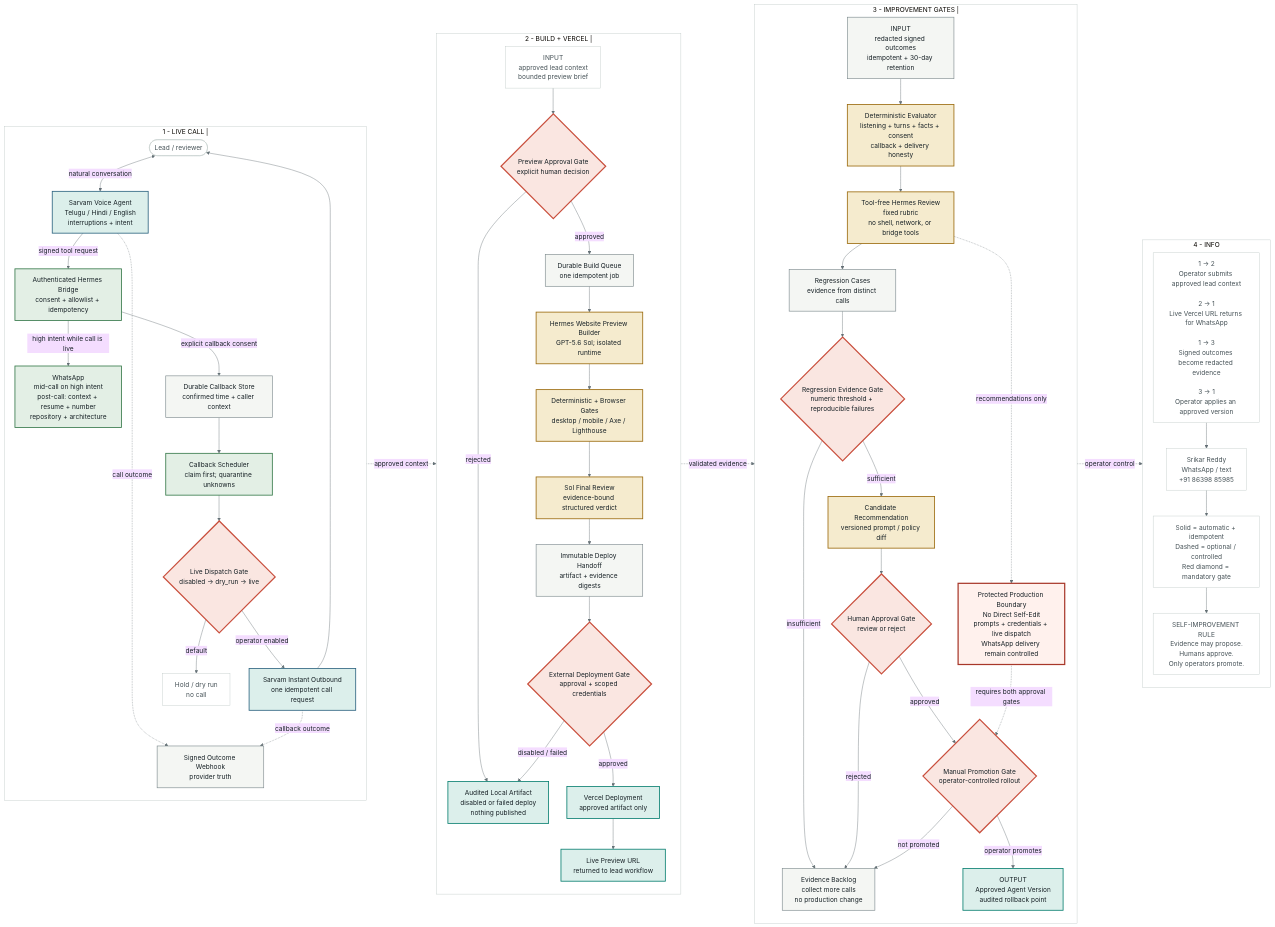
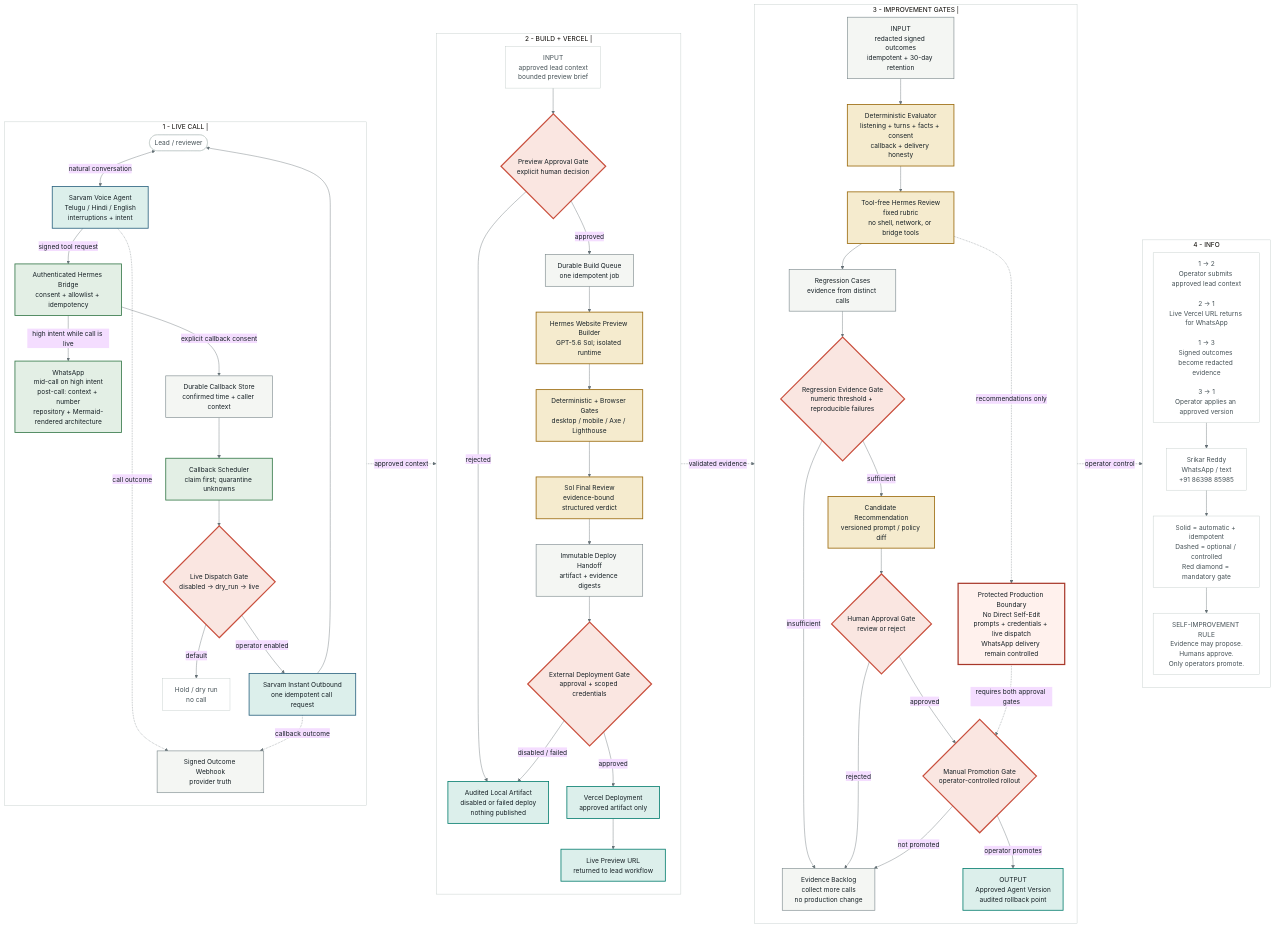
Before and after one commit to Srikarsmile/elevate-whatsapp-bridge: the diagram in assets/architecture.mmd, drawn with Mermaid. The commit also changed 10 other files, not shown here.

Commit message:
fix: remove resume from WhatsApp follow-up

```diff
--- a/assets/architecture.mmd
+++ b/assets/architecture.mmd
@@ -1,102 +1,102 @@
 %%{init: {"theme":"base","themeVariables":{"background":"#f6f7f5","fontFamily":"Inter, ui-sans-serif, system-ui, sans-serif","primaryTextColor":"#172126","lineColor":"#657176","clusterBkg":"#ffffff","clusterBorder":"#bfc9c7"},"flowchart":{"curve":"basis","htmlLabels":true,"nodeSpacing":32,"rankSpacing":38}}}%%
 flowchart LR
   subgraph runtime["1 - LIVE CALL  |"]
     direction TB
     lead(["Lead / reviewer"])
     voice["Sarvam Voice Agent<br/>Telugu / Hindi / English<br/>interruptions + intent"]
     bridge["Authenticated Hermes Bridge<br/>consent + allowlist + idempotency"]
-    whatsapp["WhatsApp<br/>mid-call on high intent<br/>post-call: context + resume + number<br/>repository + architecture"]
+    whatsapp["WhatsApp<br/>mid-call on high intent<br/>post-call: context + number<br/>repository + Mermaid-rendered architecture"]
     booking["Durable Callback Store<br/>confirmed time + caller context"]
     scheduler["Callback Scheduler<br/>claim first; quarantine unknowns"]
     dispatchGate{"Live Dispatch Gate<br/>disabled -> dry_run -> live"}
     outbound["Sarvam Instant Outbound<br/>one idempotent call request"]
     hold["Hold / dry run<br/>no call"]
     webhook["Signed Outcome Webhook<br/>provider truth"]
 
     lead <-->|"natural conversation"| voice
     voice -->|"signed tool request"| bridge
     bridge -->|"high intent while call is live"| whatsapp
     bridge -->|"explicit callback consent"| booking
     booking --> scheduler --> dispatchGate
     dispatchGate -->|"operator enabled"| outbound --> lead
     dispatchGate -->|"default"| hold
     voice -. "call outcome" .-> webhook
     outbound -. "callback outcome" .-> webhook
   end
 
   subgraph preview["2 - BUILD + VERCEL  |"]
     direction TB
     previewBrief["INPUT<br/>approved lead context<br/>bounded preview brief"]
     previewApproval{"Preview Approval Gate<br/>explicit human decision"}
     queue["Durable Build Queue<br/>one idempotent job"]
     builder["Hermes Website Preview Builder<br/>GPT-5.6 Sol; isolated runtime"]
     browserGates["Deterministic + Browser Gates<br/>desktop / mobile / Axe / Lighthouse"]
     finalReview["Sol Final Review<br/>evidence-bound structured verdict"]
     handoff["Immutable Deploy Handoff<br/>artifact + evidence digests"]
     deliveryGate{"External Deployment Gate<br/>approval + scoped credentials"}
     vercel["Vercel Deployment<br/>approved artifact only"]
     previewUrl["Live Preview URL<br/>returned to lead workflow"]
     localArtifact["Audited Local Artifact<br/>disabled or failed deploy<br/>nothing published"]
 
     previewBrief --> previewApproval
     previewApproval -->|"approved"| queue --> builder --> browserGates --> finalReview --> handoff --> deliveryGate
     previewApproval -->|"rejected"| localArtifact
     deliveryGate -->|"disabled / failed"| localArtifact
     deliveryGate -->|"approved"| vercel --> previewUrl
   end
 
   subgraph improvement["3 - IMPROVEMENT GATES  |"]
     direction TB
     eventStore["INPUT<br/>redacted signed outcomes<br/>idempotent + 30-day retention"]
     evaluator["Deterministic Evaluator<br/>listening + turns + facts + consent<br/>callback + delivery honesty"]
     hermes["Tool-free Hermes Review<br/>fixed rubric<br/>no shell, network, or bridge tools"]
     cases["Regression Cases<br/>evidence from distinct calls"]
     evidenceGate{"Regression Evidence Gate<br/>numeric threshold + reproducible failures"}
     recommendation["Candidate Recommendation<br/>versioned prompt / policy diff"]
     humanGate{"Human Approval Gate<br/>review or reject"}
     promotionGate{"Manual Promotion Gate<br/>operator-controlled rollout"}
     approvedVersion["OUTPUT<br/>Approved Agent Version<br/>audited rollback point"]
     backlog["Evidence Backlog<br/>collect more calls<br/>no production change"]
     protected["Protected Production Boundary<br/>No Direct Self-Edit<br/>prompts + credentials + live dispatch<br/>WhatsApp delivery remain controlled"]
 
     eventStore --> evaluator --> hermes --> cases --> evidenceGate
     evidenceGate -->|"insufficient"| backlog
     evidenceGate -->|"sufficient"| recommendation --> humanGate
     humanGate -->|"rejected"| backlog
     humanGate -->|"approved"| promotionGate
     promotionGate -->|"not promoted"| backlog
     promotionGate -->|"operator promotes"| approvedVersion
     hermes -. "recommendations only" .-> protected
     protected -. "requires both approval gates" .-> promotionGate
   end
 
   subgraph notes["4 - INFO"]
     direction TB
     handoffs["1 -> 2<br/>Operator submits approved lead context<br/><br/>2 -> 1<br/>Live Vercel URL returns for WhatsApp<br/><br/>1 -> 3<br/>Signed outcomes become redacted evidence<br/><br/>3 -> 1<br/>Operator applies an approved version"]
     contact["Srikar Reddy<br/>WhatsApp / text<br/>+91 86398 85985"]
     legend["Solid = automatic + idempotent<br/>Dashed = optional / controlled<br/>Red diamond = mandatory gate"]
     rule["SELF-IMPROVEMENT RULE<br/>Evidence may propose.<br/>Humans approve.<br/>Only operators promote."]
     handoffs --> contact --> legend --> rule
   end
 
   runtime -. "approved context" .-> preview
   preview -. "validated evidence" .-> improvement
   improvement -. "operator control" .-> notes
 
   classDef voice fill:#dcefeb,stroke:#2d6480,stroke-width:2px,color:#172126;
   classDef action fill:#e3efe5,stroke:#36794a,stroke-width:2px,color:#172126;
   classDef data fill:#f4f6f3,stroke:#7c898d,stroke-width:1.5px,color:#172126;
   classDef evaluate fill:#f5ebce,stroke:#9b6a0d,stroke-width:2px,color:#172126;
   classDef gate fill:#fae6e1,stroke:#c94f3d,stroke-width:3px,color:#172126;
   classDef protected fill:#fff1ed,stroke:#a8382a,stroke-width:3px,color:#172126;
   classDef output fill:#dcefeb,stroke:#087f70,stroke-width:2px,color:#172126;
   classDef note fill:#ffffff,stroke:#bfc9c7,stroke-width:1px,color:#465257;
 
   class voice,outbound voice;
   class bridge,whatsapp,scheduler action;
   class booking,webhook,queue,handoff,eventStore,cases,backlog data;
   class builder,browserGates,finalReview,evaluator,hermes,recommendation evaluate;
   class dispatchGate,previewApproval,deliveryGate,evidenceGate,humanGate,promotionGate gate;
   class protected protected;
   class localArtifact,vercel,previewUrl,approvedVersion output;
   class lead,hold,previewBrief,handoffs,contact,legend,rule note;
```
